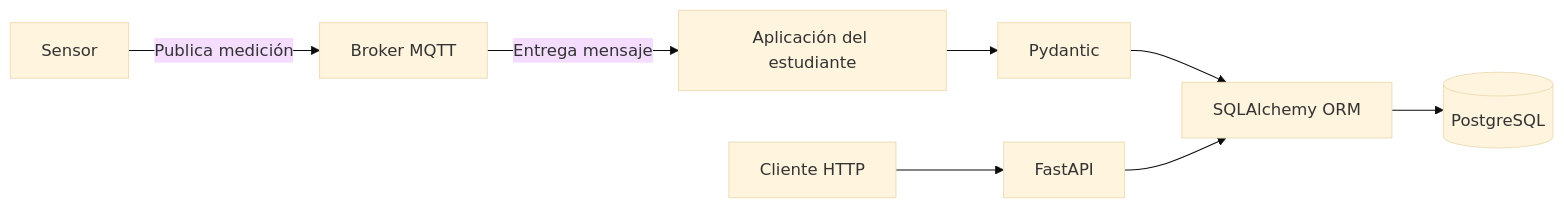
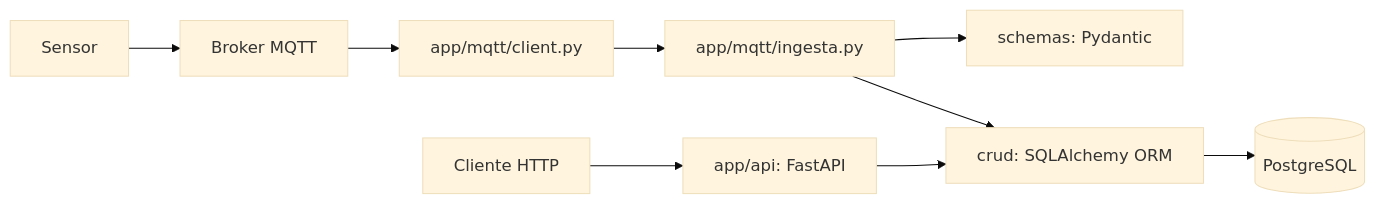
The diagram in README.md (juandavidvelasquezgomez/servicios_web), drawn with Mermaid (base theme) before and after one commit. The commit also changed other lines of this file and 33 other files, not shown here.

First line of the commit message:
feat: API IoT con consumidor MQTT, validaciones, persistencia y consultas

````diff
--- a/README.md
+++ b/README.md
@@ -54,10 +26,11 @@
 ```mermaid
 flowchart LR
-    A[Sensor] -->|Publica medición| B[Broker MQTT]
-    B -->|Entrega mensaje| C[Aplicación del estudiante]
-    C --> D[Pydantic]
-    D --> E[SQLAlchemy ORM]
-    E --> F[(PostgreSQL)]
-    G[Cliente HTTP] --> H[FastAPI]
-    H --> E
+    S[Sensor] --> B[Broker MQTT]
+    B --> C[app/mqtt/client.py]
+    C --> I[app/mqtt/ingesta.py]
+    I --> P[schemas: Pydantic]
+    I --> R[crud: SQLAlchemy ORM]
+    R --> D[(PostgreSQL)]
+    H[Cliente HTTP] --> A[app/api: FastAPI]
+    A --> R
 ```
````
